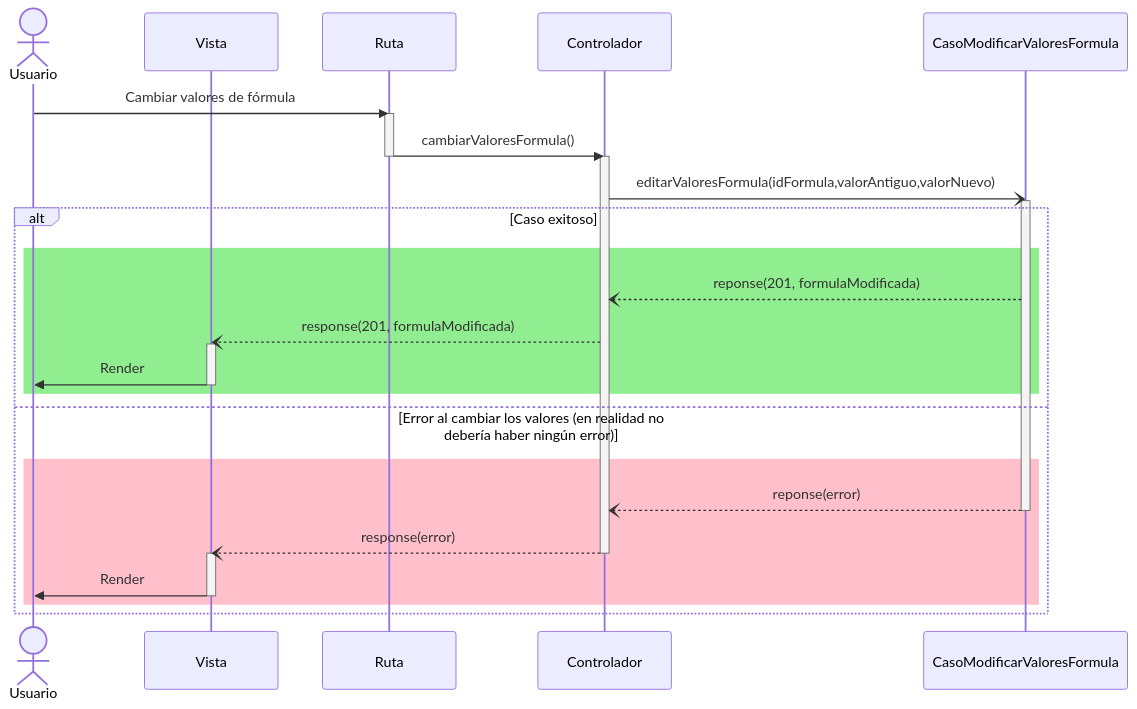
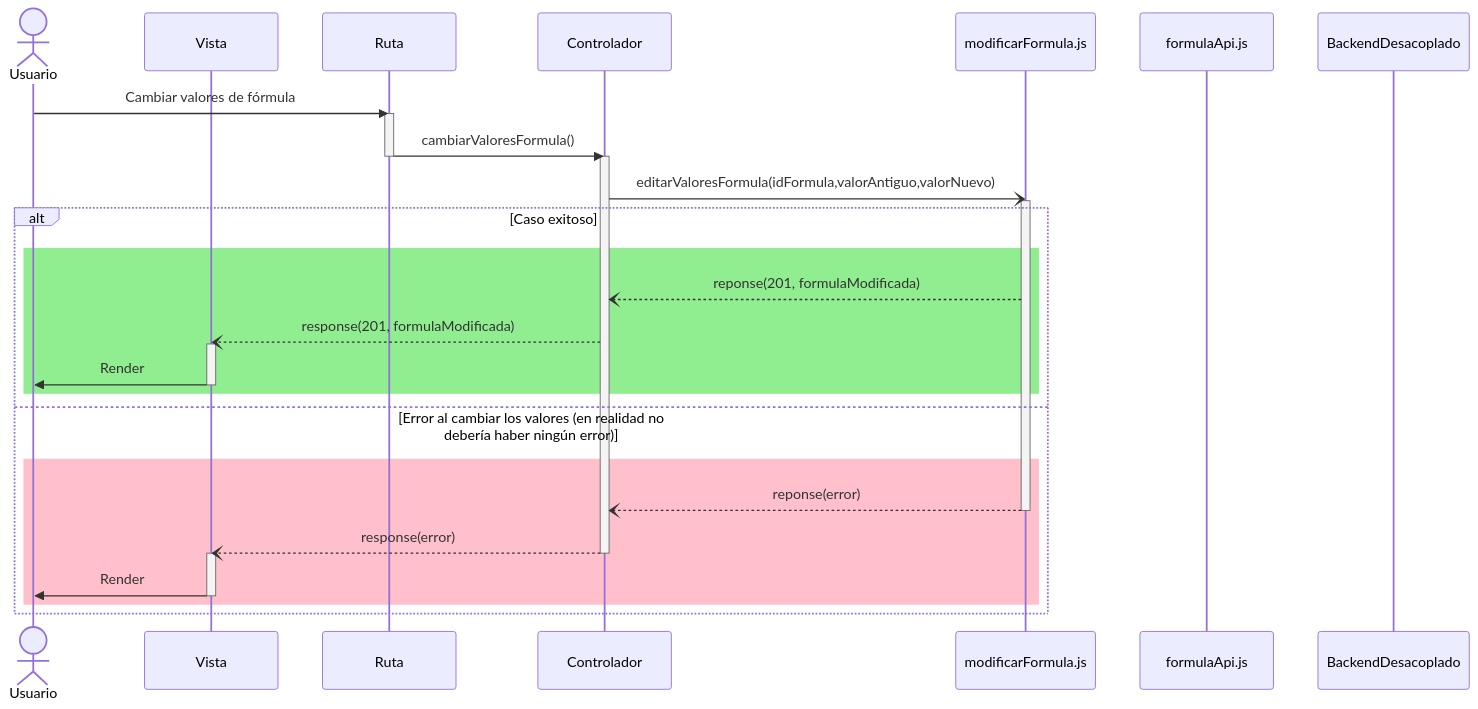
The diagram in documentation/docs/proyectos/tractores/documentacion/requisitos/RF31.md (CodeAnd-Co/Documentacion), drawn with Mermaid before and after one commit. The commit also changed other lines of this file and 1 other file, not shown here.

````diff
--- a/documentation/docs/proyectos/tractores/documentacion/requisitos/RF31.md
+++ b/documentation/docs/proyectos/tractores/documentacion/requisitos/RF31.md
@@ -19,37 +32,37 @@
 ``` mermaid
 sequenceDiagram
     actor Usuario
     participant view as Vista
     participant route as Ruta
     participant controller as Controlador
-    participant usecase as CasoModificarValoresFormula
-
-
+    participant usecase as modificarFormula.js
+    participant formulaAPI as formulaApi.js
+    participant server as BackendDesacoplado
 
     Usuario->>route: Cambiar valores de fórmula
     activate route
     route->>controller: cambiarValoresFormula()
     deactivate route
     activate controller
     controller-)usecase: editarValoresFormula(idFormula,valorAntiguo,valorNuevo)
     activate usecase
     alt Caso exitoso
     rect Lightgreen
     usecase--)controller: reponse(201, formulaModificada)
     controller--)view: response(201, formulaModificada)
     activate view
     view->>Usuario: Render
     deactivate view
     end
     else Error al cambiar los valores (en realidad no debería haber ningún error)
     rect Pink
     usecase--)controller: reponse(error)
     deactivate usecase
     controller--)view: response(error)
     deactivate controller
     activate view
     view->>Usuario: Render
     deactivate view
     end
     end
 ```
````
